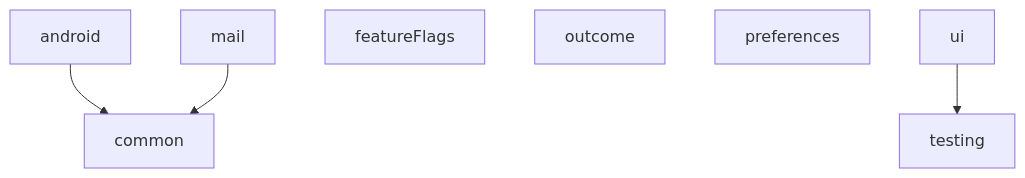
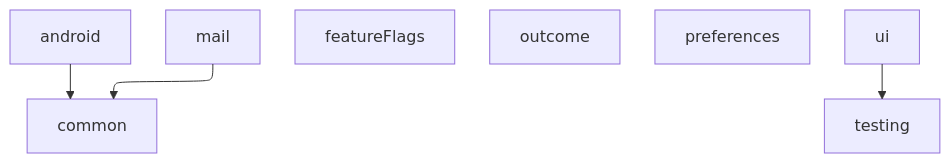
One commit to ryan-conway/nimble-objectives changed the eighth of 10 diagrams in code-base-deep-dive/code-base-deep-dive.md. Above: the diagram before and after it, drawn with Mermaid. The commit also changed other lines of this file, not shown here.

Commit message:
[#1] Add graphs for all module groups

````diff
--- a/code-base-deep-dive/code-base-deep-dive.md
+++ b/code-base-deep-dive/code-base-deep-dive.md
@@ -260,14 +296,18 @@
 ```mermaid
+---
+config:
+  layout: elk
+---
 graph
     android
         android --> common
     mail
         mail --> common
     common
     featureFlags
     outcome
     preferences
     testing
     ui
         ui --> testing
 ```
````
